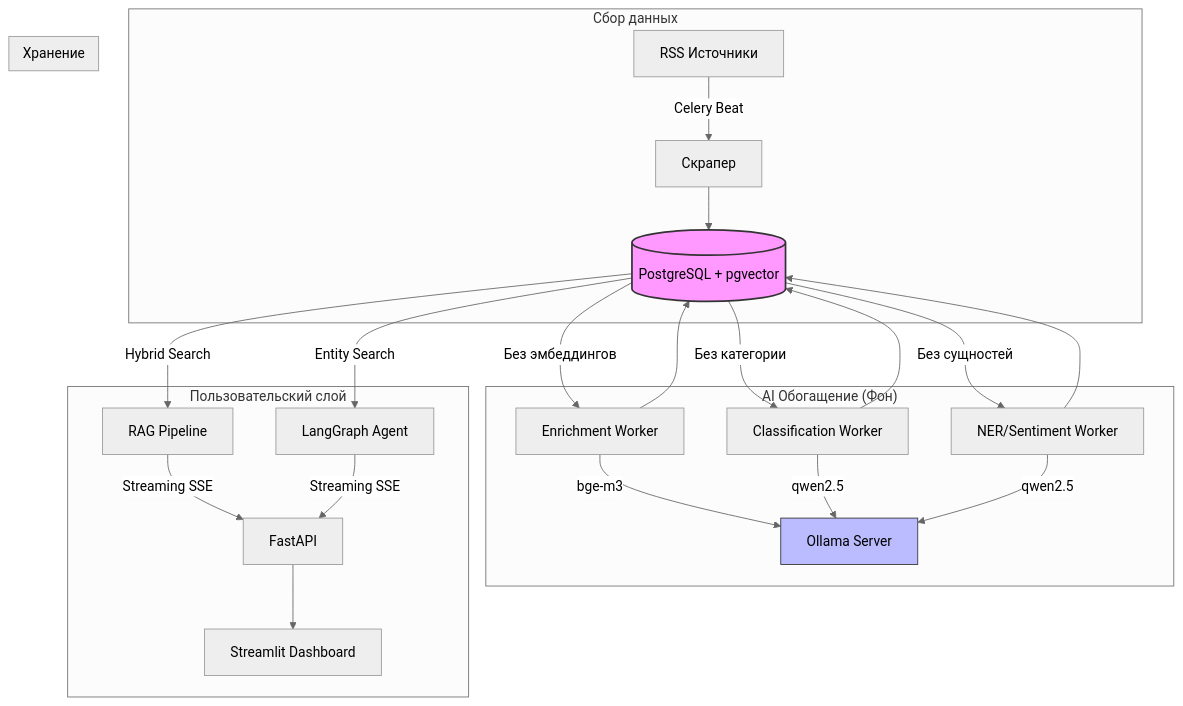
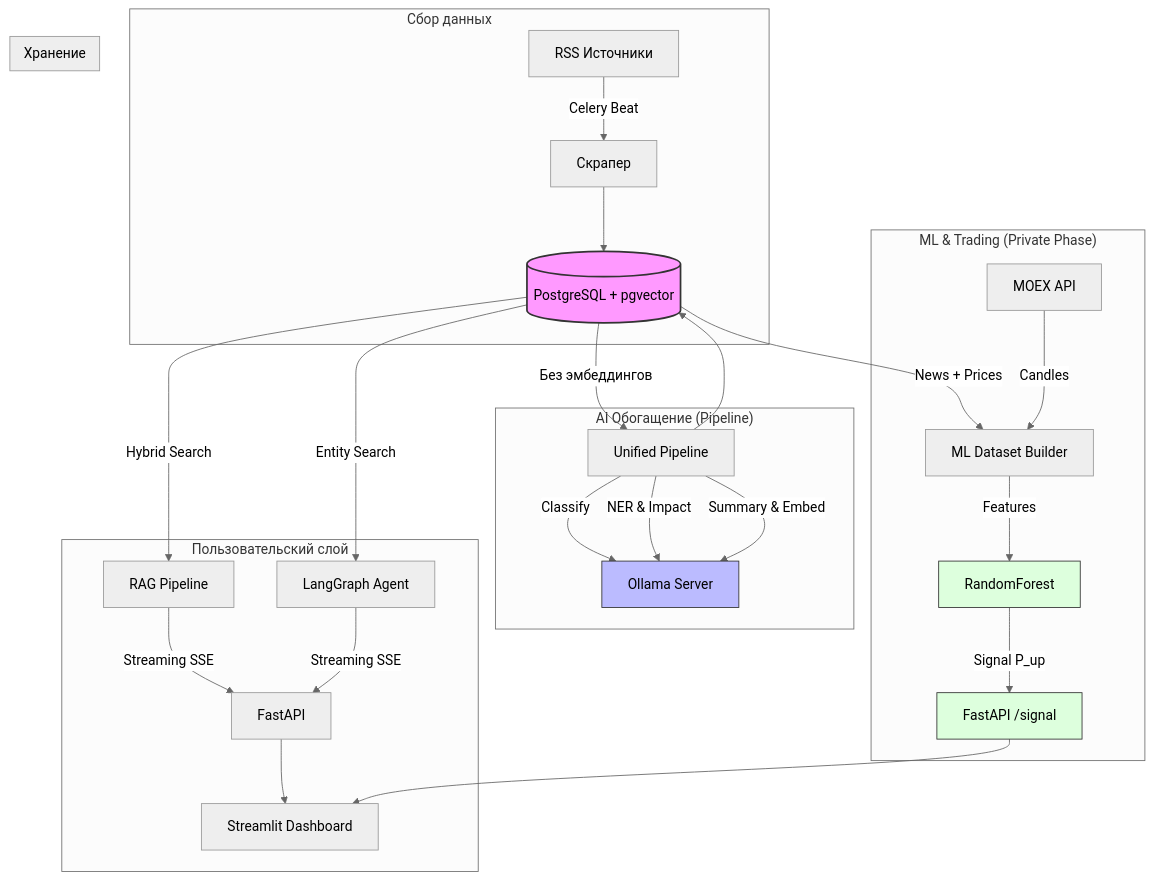
Before and after one commit to tzar26/news_scrapper: the diagram in docs/architecture.md, drawn with Mermaid (neutral theme). The commit also changed other lines of this file and 3 other files, not shown here.

````diff
--- a/docs/architecture.md
+++ b/docs/architecture.md
@@ -7,38 +7,43 @@
 ```mermaid
 graph TD
     subgraph "Сбор данных"
         RSS[RSS Источники] -->|Celery Beat| Scraper[Скрапер]
         Scraper --> DB
     end
 
     subgraph "Хранение"
         DB[(PostgreSQL + pgvector)]
     end
 
-    subgraph "AI Обогащение (Фон)"
-        DB -->|Без эмбеддингов| Enrich[Enrichment Worker]
-        DB -->|Без категории| Classify[Classification Worker]
-        DB -->|Без сущностей| Extract[NER/Sentiment Worker]
+    subgraph "AI Обогащение (Pipeline)"
+        DB -->|Без эмбеддингов| Pipeline[Unified Pipeline]
+        Pipeline -->|Classify| Ollama[Ollama Server]
+        Pipeline -->|NER & Impact| Ollama
+        Pipeline -->|Summary & Embed| Ollama
 
-        Enrich -->|bge-m3| Ollama[Ollama Server]
-        Classify -->|qwen2.5| Ollama
-        Extract -->|qwen2.5| Ollama
-
-        Enrich --> DB
-        Classify --> DB
-        Extract --> DB
+        Pipeline --> DB
     end
 
     subgraph "Пользовательский слой"
         DB -->|Hybrid Search| RAG[RAG Pipeline]
         DB -->|Entity Search| Agent[LangGraph Agent]
 
         RAG -->|Streaming SSE| API[FastAPI]
         Agent -->|Streaming SSE| API
 
         API --> UI[Streamlit Dashboard]
     end
 
+    subgraph "ML & Trading (Private Phase)"
+        DB -->|News + Prices| MLDataset[ML Dataset Builder]
+        API_MOEX[MOEX API] -->|Candles| MLDataset
+        MLDataset -->|Features| MLModel[RandomForest]
+        MLModel -->|Signal P_up| SignalAPI[FastAPI /signal]
+        SignalAPI --> UI
+    end
+
     style DB fill:#f9f,stroke:#333,stroke-width:2px
     style Ollama fill:#bbf,stroke:#333
+    style MLModel fill:#dfd,stroke:#333
+    style SignalAPI fill:#dfd,stroke:#333
 ```
````
